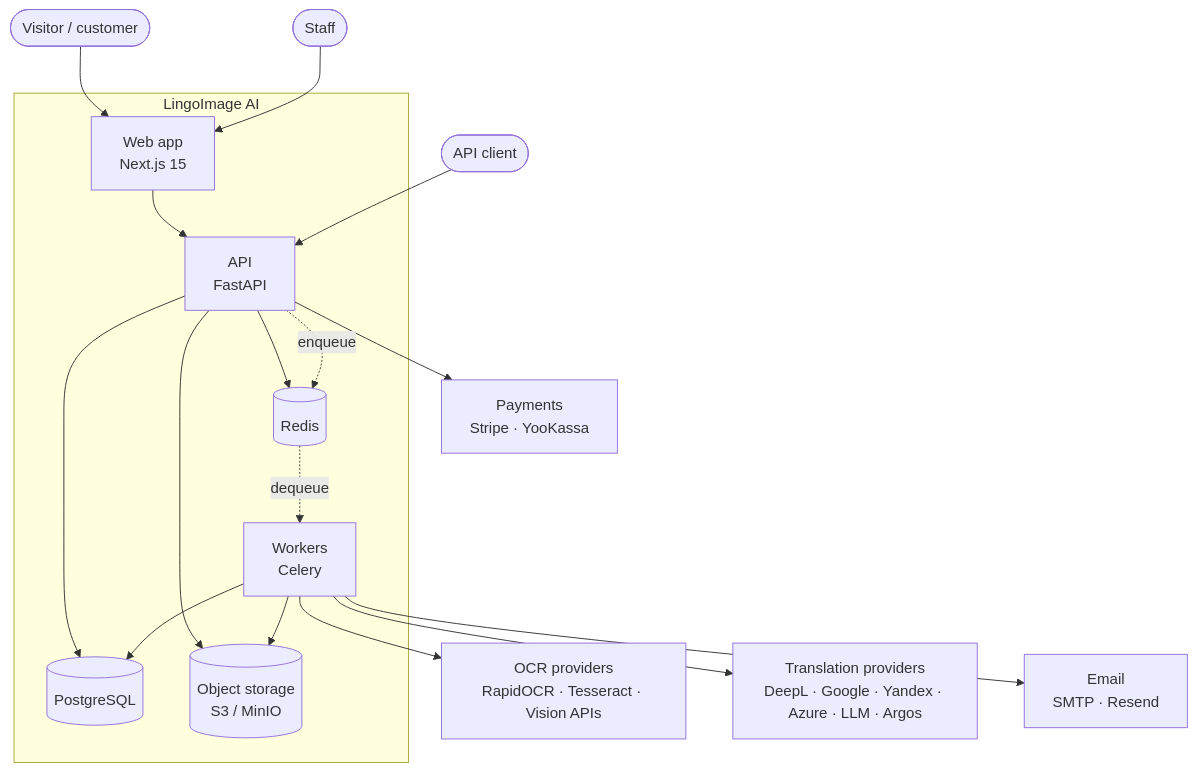
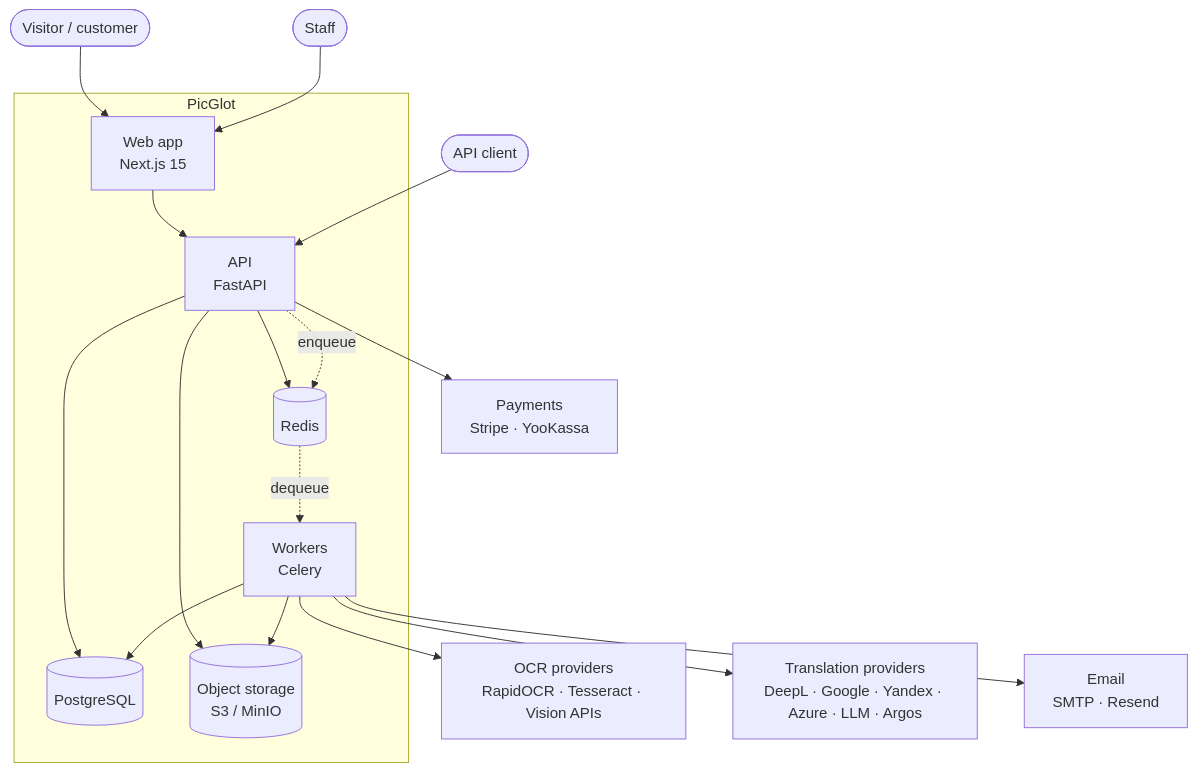
One commit to anton-shcherbakov01/picglot changed the first of 4 diagrams in docs/architecture/system-overview.md. Above: the diagram before and after it, drawn with Mermaid. The commit also changed other lines of this file and 295 other files, not shown here.

````diff
--- a/docs/architecture/system-overview.md
+++ b/docs/architecture/system-overview.md
@@ -5,35 +5,35 @@
 ```mermaid
 graph TB
     User([Visitor / customer])
     Admin([Staff])
     ApiClient([API client])
 
-    subgraph LingoImage["LingoImage AI"]
+    subgraph PicGlot["PicGlot"]
         Web["Web app<br/>Next.js 15"]
         Api["API<br/>FastAPI"]
         Worker["Workers<br/>Celery"]
         DB[("PostgreSQL")]
         Cache[("Redis")]
         Storage[("Object storage<br/>S3 / MinIO")]
     end
 
     OCR["OCR providers<br/>RapidOCR · Tesseract · Vision APIs"]
     MT["Translation providers<br/>DeepL · Google · Yandex · Azure · LLM · Argos"]
     Pay["Payments<br/>Stripe · YooKassa"]
     Mail["Email<br/>SMTP · Resend"]
 
     User --> Web --> Api
     ApiClient --> Api
     Admin --> Web
     Api --> DB
     Api --> Cache
     Api --> Storage
     Api -. enqueue .-> Cache
     Cache -. dequeue .-> Worker
     Worker --> DB
     Worker --> Storage
     Worker --> OCR
     Worker --> MT
     Api --> Pay
     Worker --> Mail
 ```
````
